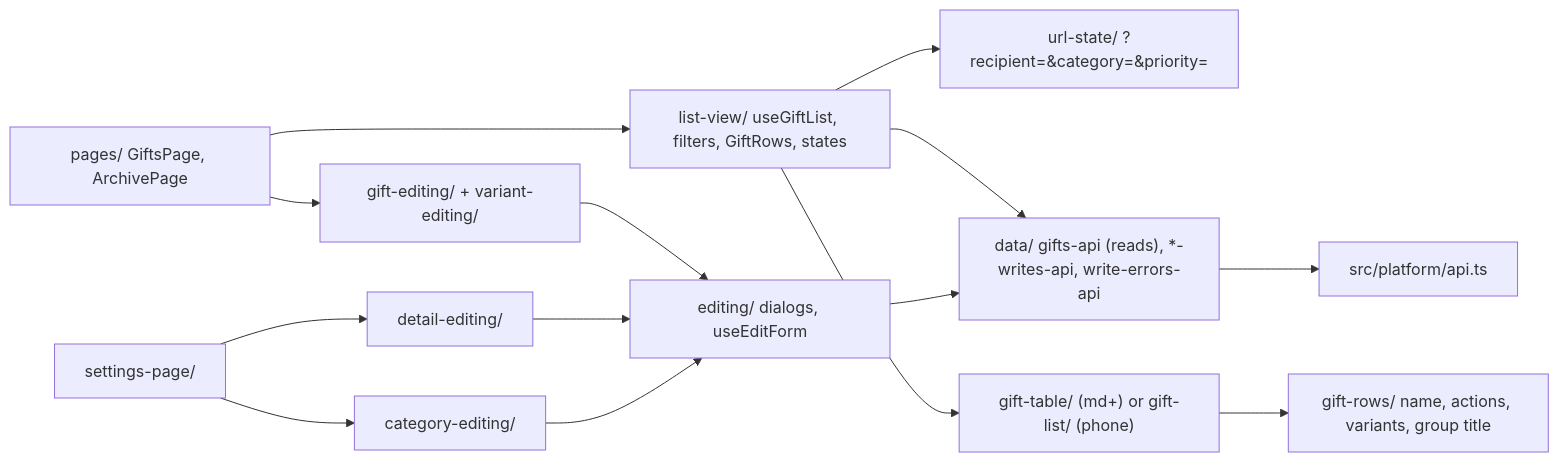
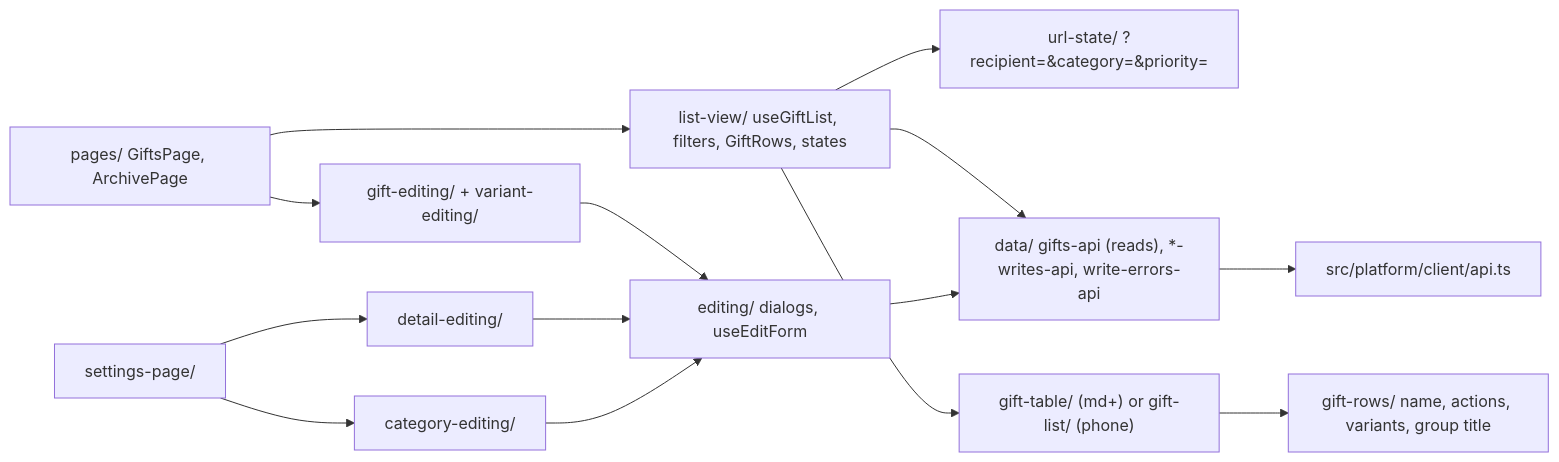
Before and after one commit to Weretik/home-app: the second of 2 diagrams in web/docs/architecture.md, drawn with Mermaid. The commit also changed other lines of this file and 258 other files, not shown here.

````diff
--- a/web/docs/architecture.md
+++ b/web/docs/architecture.md
@@ -270,11 +281,11 @@
 ```mermaid
 flowchart LR
     pages["pages/ GiftsPage, ArchivePage"] --> list["list-view/ useGiftList, filters, GiftRows, states"]
     list --> url["url-state/ ?recipient=&category=&priority="]
     list --> data["data/ gifts-api (reads), *-writes-api, write-errors-api"]
     list --> rows["gift-table/ (md+) or gift-list/ (phone)"] --> parts["gift-rows/ name, actions, variants, group title"]
     pages --> giftEdit["gift-editing/ + variant-editing/"]
     settings["settings-page/"] --> detail["detail-editing/"] & category["category-editing/"]
     giftEdit & detail & category --> editing["editing/ dialogs, useEditForm"] --> data
-    data --> platform["src/platform/api.ts"]
+    data --> platform["src/platform/client/api.ts"]
 ```
````
